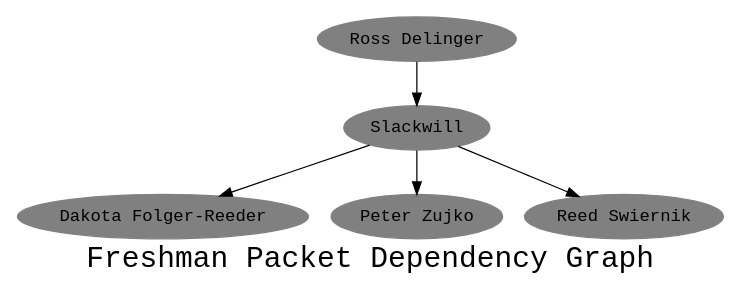
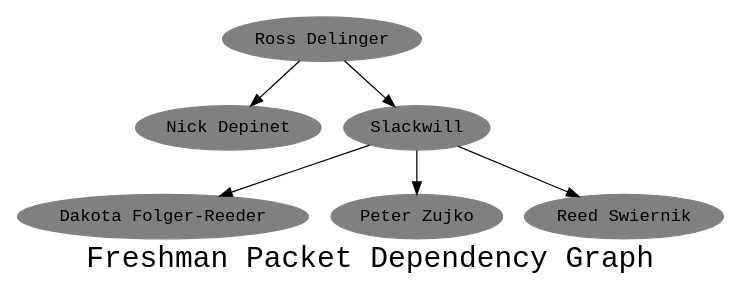
Before and after one commit to robgssp/CSHDigraph: the diagram in dep.gv, drawn with Graphviz.

Commit message:
Add nick to graph

```diff
--- a/dep.gv
+++ b/dep.gv
@@ -1,21 +1,23 @@
 digraph "Packet Dependencies" {
 	graph [ fontname = "Monospace",
 	      	fontsize = 24,
 		label = "Freshman Packet Dependency Graph",
 		size = "6,6" ];
 	node [	shape = oval,
 	     	color = grey,
 		style = filled,
 		fontname = "Monospace" ];
 
 	"Dakota Folger-Reeder";
+	"Nick Depinet";
 	"Peter Zujko";
 	"Reed Swiernik";
 	"Ross Delinger";
 	"Slackwill";
 
 	"Ross Delinger" -> "Slackwill";
+	"Ross Delinger" -> "Nick Depinet";
 	"Slackwill" -> "Reed Swiernik";
 	"Slackwill" -> "Peter Zujko";
 	"Slackwill" -> "Dakota Folger-Reeder";
 }
```
